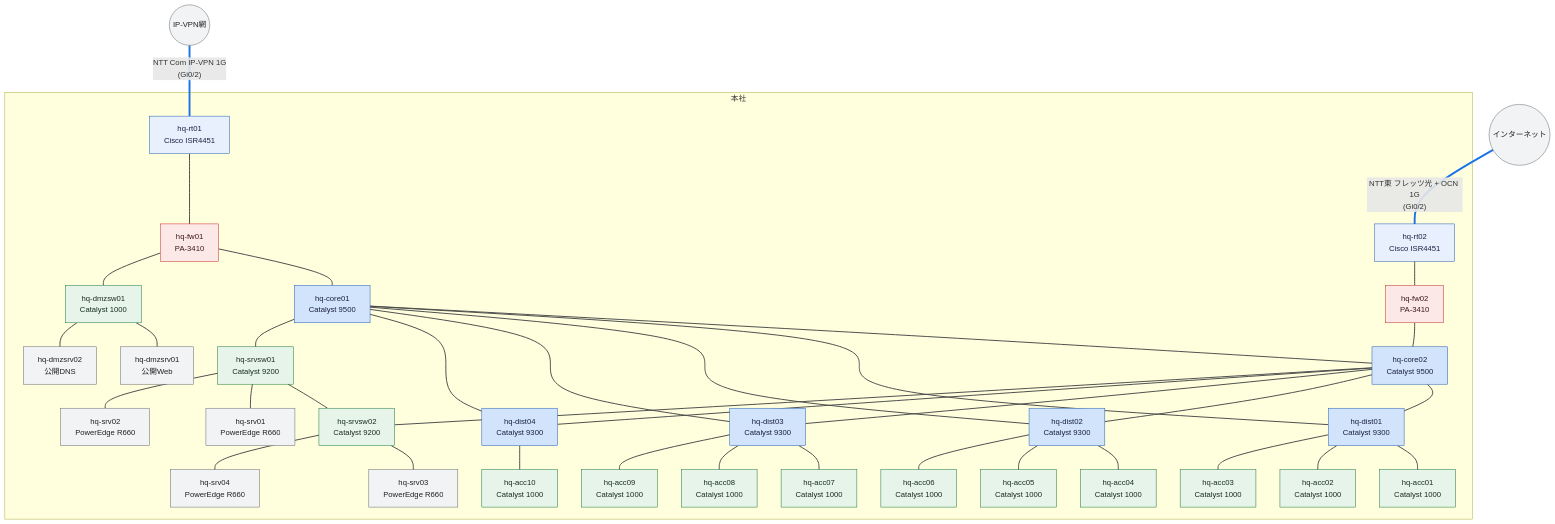
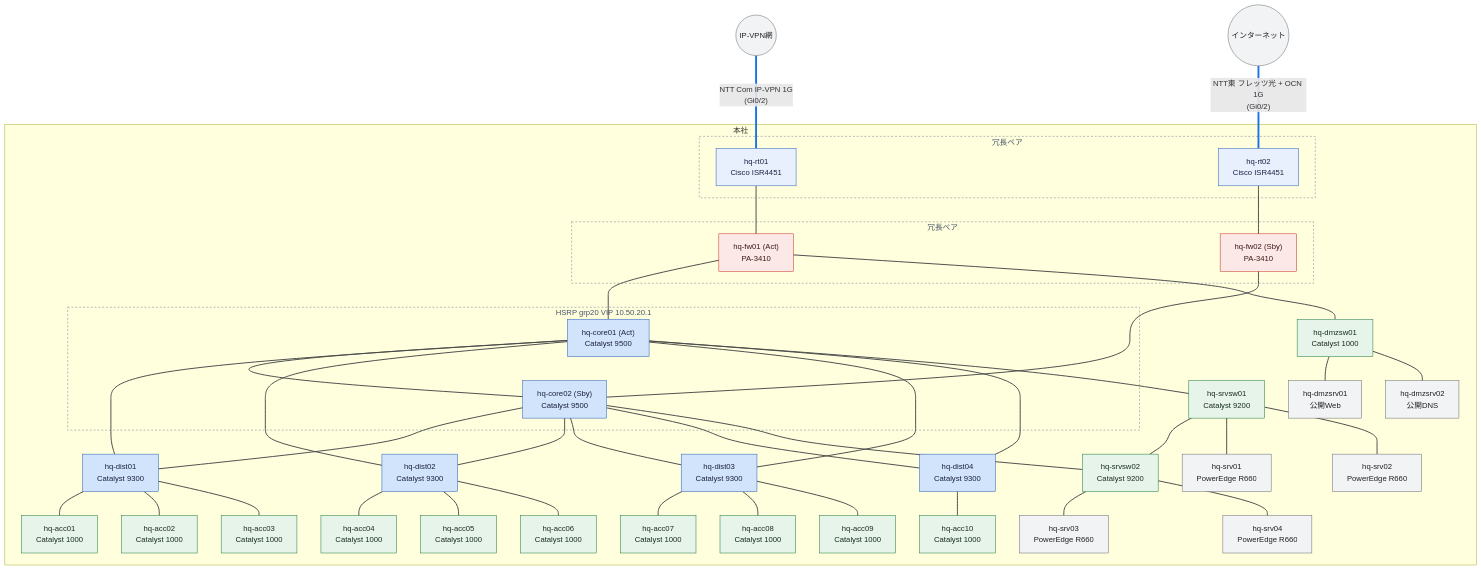
One commit to thinas1115/nwdsl changed the diagram in examples/scale-50/generated/hq-physical.mmd. Above: the diagram before and after it, drawn with Mermaid. The commit also changed 91 other files, not shown here.

```diff
--- a/examples/scale-50/generated/hq-physical.mmd
+++ b/examples/scale-50/generated/hq-physical.mmd
@@ -1,89 +1,98 @@
 flowchart TB
   subgraph sg_hq["本社"]
-    hq_rt01["hq-rt01<br>Cisco ISR4451"]
-    hq_fw01["hq-fw01<br>PA-3410"]
-    hq_rt02["hq-rt02<br>Cisco ISR4451"]
-    hq_fw02["hq-fw02<br>PA-3410"]
-    hq_core01["hq-core01<br>Catalyst 9500"]
-    hq_core02["hq-core02<br>Catalyst 9500"]
+    subgraph rg_hq_wan["冗長ペア"]
+      hq_rt01["hq-rt01<br>Cisco ISR4451"]
+      hq_rt02["hq-rt02<br>Cisco ISR4451"]
+    end
+    subgraph rg_hq_fw["冗長ペア"]
+      hq_fw01["hq-fw01 (Act)<br>PA-3410"]
+      hq_fw02["hq-fw02 (Sby)<br>PA-3410"]
+    end
+    subgraph rg_hq_core["HSRP grp20 VIP 10.50.20.1"]
+      hq_core01["hq-core01 (Act)<br>Catalyst 9500"]
+      hq_core02["hq-core02 (Sby)<br>Catalyst 9500"]
+    end
     hq_dist01["hq-dist01<br>Catalyst 9300"]
     hq_dist02["hq-dist02<br>Catalyst 9300"]
     hq_dist03["hq-dist03<br>Catalyst 9300"]
     hq_dist04["hq-dist04<br>Catalyst 9300"]
     hq_acc01["hq-acc01<br>Catalyst 1000"]
     hq_acc02["hq-acc02<br>Catalyst 1000"]
     hq_acc03["hq-acc03<br>Catalyst 1000"]
     hq_acc04["hq-acc04<br>Catalyst 1000"]
     hq_acc05["hq-acc05<br>Catalyst 1000"]
     hq_acc06["hq-acc06<br>Catalyst 1000"]
     hq_acc07["hq-acc07<br>Catalyst 1000"]
     hq_acc08["hq-acc08<br>Catalyst 1000"]
     hq_acc09["hq-acc09<br>Catalyst 1000"]
     hq_acc10["hq-acc10<br>Catalyst 1000"]
     hq_srvsw01["hq-srvsw01<br>Catalyst 9200"]
     hq_srvsw02["hq-srvsw02<br>Catalyst 9200"]
     hq_srv01["hq-srv01<br>PowerEdge R660"]
     hq_srv02["hq-srv02<br>PowerEdge R660"]
     hq_srv03["hq-srv03<br>PowerEdge R660"]
     hq_srv04["hq-srv04<br>PowerEdge R660"]
     hq_dmzsw01["hq-dmzsw01<br>Catalyst 1000"]
     hq_dmzsrv01["hq-dmzsrv01<br>公開Web"]
     hq_dmzsrv02["hq-dmzsrv02<br>公開DNS"]
   end
   ipvpn(("IP-VPN網"))
   internet(("インターネット"))
   hq_rt01 --- hq_fw01
   hq_rt02 --- hq_fw02
   hq_fw01 --- hq_core01
   hq_fw02 --- hq_core02
   hq_core01 --- hq_core02
   hq_core01 --- hq_dist01
   hq_core02 --- hq_dist01
   hq_core01 --- hq_dist02
   hq_core02 --- hq_dist02
   hq_core01 --- hq_dist03
   hq_core02 --- hq_dist03
   hq_core01 --- hq_dist04
   hq_core02 --- hq_dist04
   hq_dist01 --- hq_acc01
   hq_dist01 --- hq_acc02
   hq_dist01 --- hq_acc03
   hq_dist02 --- hq_acc04
   hq_dist02 --- hq_acc05
   hq_dist02 --- hq_acc06
   hq_dist03 --- hq_acc07
   hq_dist03 --- hq_acc08
   hq_dist03 --- hq_acc09
   hq_dist04 --- hq_acc10
   hq_core01 --- hq_srvsw01
   hq_core02 --- hq_srvsw02
   hq_srvsw01 --- hq_srvsw02
   hq_srvsw01 --- hq_srv01
   hq_srvsw01 --- hq_srv02
   hq_srvsw02 --- hq_srv03
   hq_srvsw02 --- hq_srv04
   hq_fw01 --- hq_dmzsw01
   hq_dmzsw01 --- hq_dmzsrv01
   hq_dmzsw01 --- hq_dmzsrv02
   ipvpn ---|"NTT Com IP-VPN 1G<br>(Gi0/2)"| hq_rt01
   internet ---|"NTT東 フレッツ光 + OCN 1G<br>(Gi0/2)"| hq_rt02
 
   classDef node_dim fill:#f8f9fa,stroke:#dadce0,color:#bdc1c6
   classDef node_failed fill:#fce8e6,stroke:#c5221f,color:#3c1a19
   classDef role_router fill:#e8f0fe,stroke:#1a56b0,color:#1a2340
   classDef role_l3switch fill:#d2e3fc,stroke:#1a56b0,color:#1a2340
   classDef role_l2switch fill:#e6f4ea,stroke:#137333,color:#1a2e1f
   classDef role_firewall fill:#fce8e6,stroke:#c5221f,color:#3c1a19
   classDef role_other fill:#f1f3f4,stroke:#5f6368,color:#202124
   classDef node_cloud fill:#f1f3f4,stroke:#5f6368,color:#202124
   classDef node_site fill:#fff8e1,stroke:#b58105,color:#4a3a08
   classDef node_segment fill:#e2f5f0,stroke:#0f766e,color:#0b3d38
   classDef node_external fill:#ffffff,stroke:#9aa0a6,stroke-dasharray:3 3,color:#5f6368
   class hq_rt01,hq_rt02 role_router
   class hq_fw01,hq_fw02 role_firewall
   class hq_core01,hq_core02,hq_dist01,hq_dist02,hq_dist03,hq_dist04 role_l3switch
   class hq_acc01,hq_acc02,hq_acc03,hq_acc04,hq_acc05,hq_acc06,hq_acc07,hq_acc08,hq_acc09,hq_acc10,hq_srvsw01,hq_srvsw02,hq_dmzsw01 role_l2switch
   class hq_srv01,hq_srv02,hq_srv03,hq_srv04,hq_dmzsrv01,hq_dmzsrv02 role_other
   class ipvpn,internet node_cloud
   linkStyle 0,1,2,3,4,5,6,7,8,9,10,11,12,13,14,15,16,17,18,19,20,21,22,23,24,25,26,27,28,29,30,31,32 stroke:#4a4a4a,stroke-width:2px
   linkStyle 33,34 stroke:#1a73e8,stroke-width:4px
+  style rg_hq_wan fill:none,stroke:#64748b,stroke-dasharray:4 4,color:#475569
+  style rg_hq_fw fill:none,stroke:#64748b,stroke-dasharray:4 4,color:#475569
+  style rg_hq_core fill:none,stroke:#64748b,stroke-dasharray:4 4,color:#475569
```
